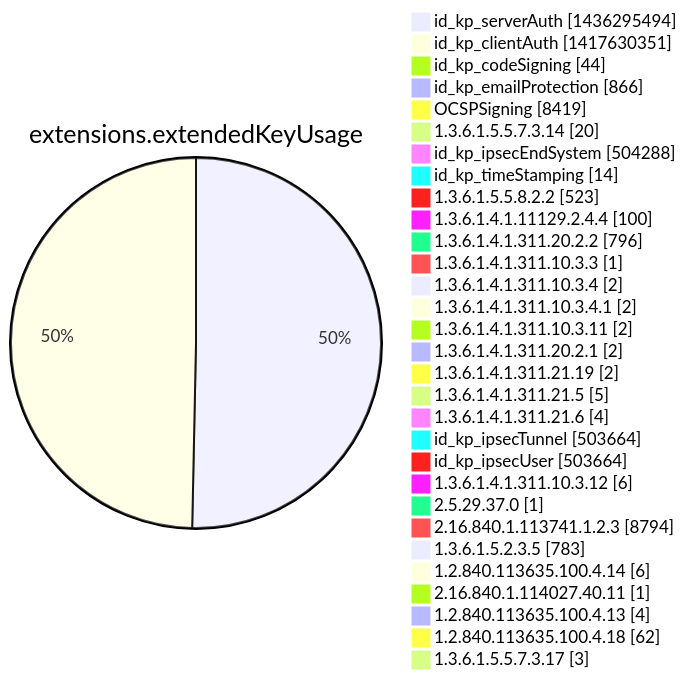
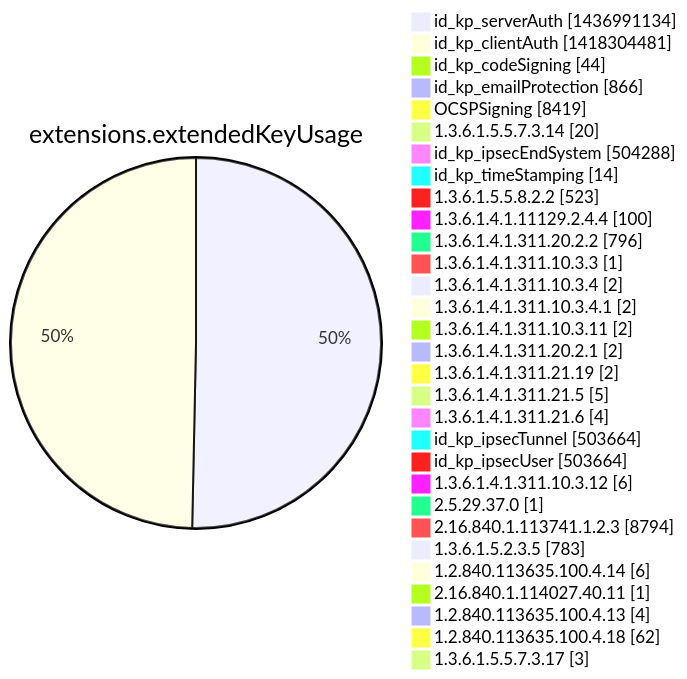
One commit to christiankrug/ctmonitor_visualization changed diagram 12 of 15 in argon2022/README.md. Above: the diagram before and after it, drawn with Mermaid. The commit also changed other lines of this file, not shown here.

````diff
--- a/argon2022/README.md
+++ b/argon2022/README.md
@@ -3555,34 +3555,34 @@
 ```mermaid
 pie showData
 title extensions.extendedKeyUsage
-"id_kp_serverAuth" :1436295494
-"id_kp_clientAuth" :1417630351
+"id_kp_serverAuth" :1436991134
+"id_kp_clientAuth" :1418304481
 "id_kp_codeSigning" :44
 "id_kp_emailProtection" :866
 "OCSPSigning" :8419
 "1.3.6.1.5.5.7.3.14" :20
 "id_kp_ipsecEndSystem" :504288
 "id_kp_timeStamping" :14
 "1.3.6.1.5.5.8.2.2" :523
 "1.3.6.1.4.1.11129.2.4.4" :100
 "1.3.6.1.4.1.311.20.2.2" :796
 "1.3.6.1.4.1.311.10.3.3" :1
 "1.3.6.1.4.1.311.10.3.4" :2
 "1.3.6.1.4.1.311.10.3.4.1" :2
 "1.3.6.1.4.1.311.10.3.11" :2
 "1.3.6.1.4.1.311.20.2.1" :2
 "1.3.6.1.4.1.311.21.19" :2
 "1.3.6.1.4.1.311.21.5" :5
 "1.3.6.1.4.1.311.21.6" :4
 "id_kp_ipsecTunnel" :503664
 "id_kp_ipsecUser" :503664
 "1.3.6.1.4.1.311.10.3.12" :6
 "2.5.29.37.0" :1
 "2.16.840.1.113741.1.2.3" :8794
 "1.3.6.1.5.2.3.5" :783
 "1.2.840.113635.100.4.14" :6
 "2.16.840.1.114027.40.11" :1
 "1.2.840.113635.100.4.13" :4
 "1.2.840.113635.100.4.18" :62
 "1.3.6.1.5.5.7.3.17" :3
 ```
````
